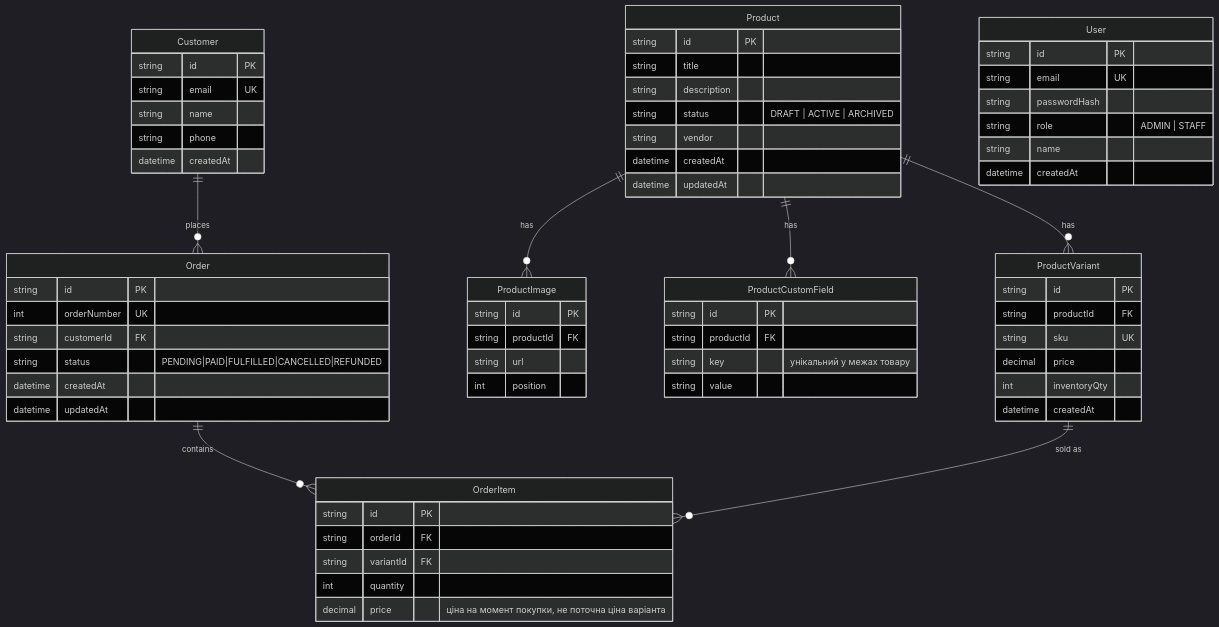
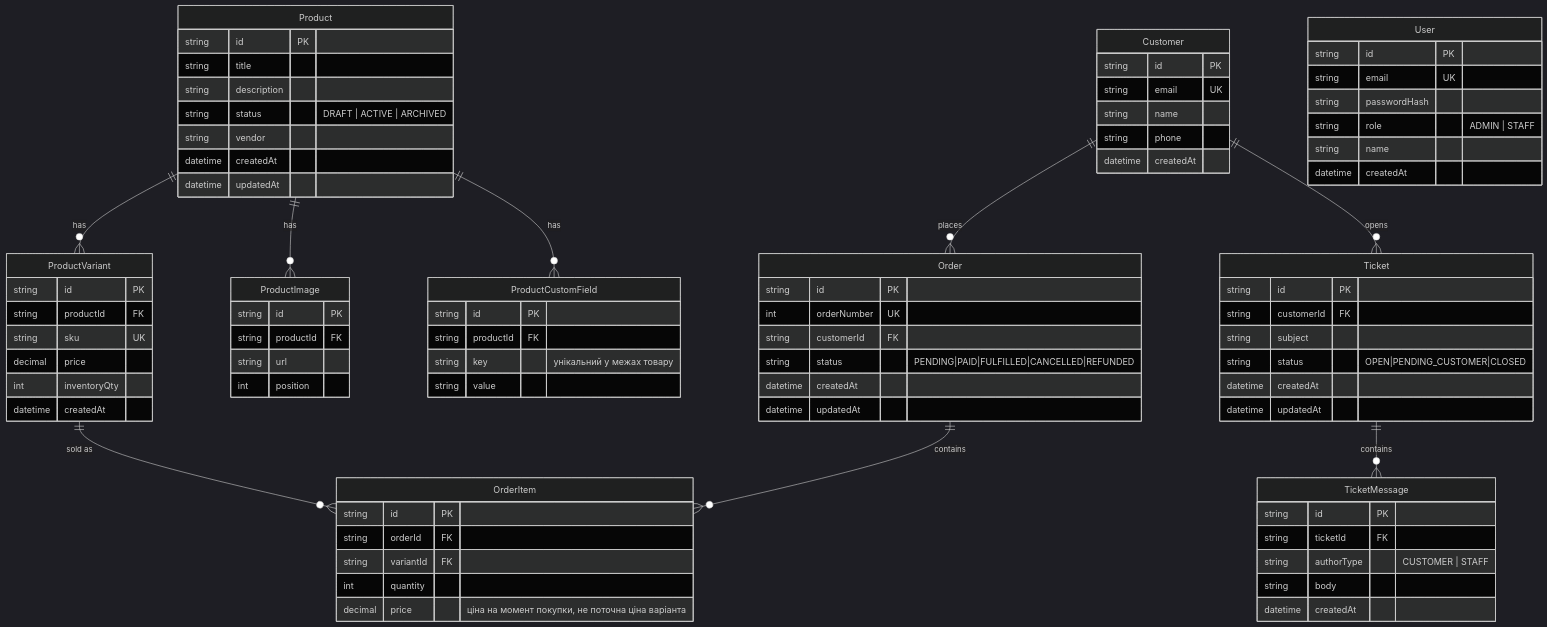
Before and after one commit to MaksymHeraskevych-Hallwil/storefront: the second of 6 diagrams in DESIGN.md, drawn with Mermaid (dark theme). The commit also changed other lines of this file and 18 other files, not shown here.

````diff
--- a/DESIGN.md
+++ b/DESIGN.md
@@ -52,6 +52,8 @@
     Customer ||--o{ Order : "places"
     Order ||--o{ OrderItem : "contains"
     ProductVariant ||--o{ OrderItem : "sold as"
+    Customer ||--o{ Ticket : "opens"
+    Ticket ||--o{ TicketMessage : "contains"
 
     User {
         string id PK
@@ -119,4 +121,21 @@
         int quantity
         decimal price "ціна на момент покупки, не поточна ціна варіанта"
     }
+
+    Ticket {
+        string id PK
+        string customerId FK
+        string subject
+        string status "OPEN|PENDING_CUSTOMER|CLOSED"
+        datetime createdAt
+        datetime updatedAt
+    }
+
+    TicketMessage {
+        string id PK
+        string ticketId FK
+        string authorType "CUSTOMER | STAFF"
+        string body
+        datetime createdAt
+    }
 ```
````
